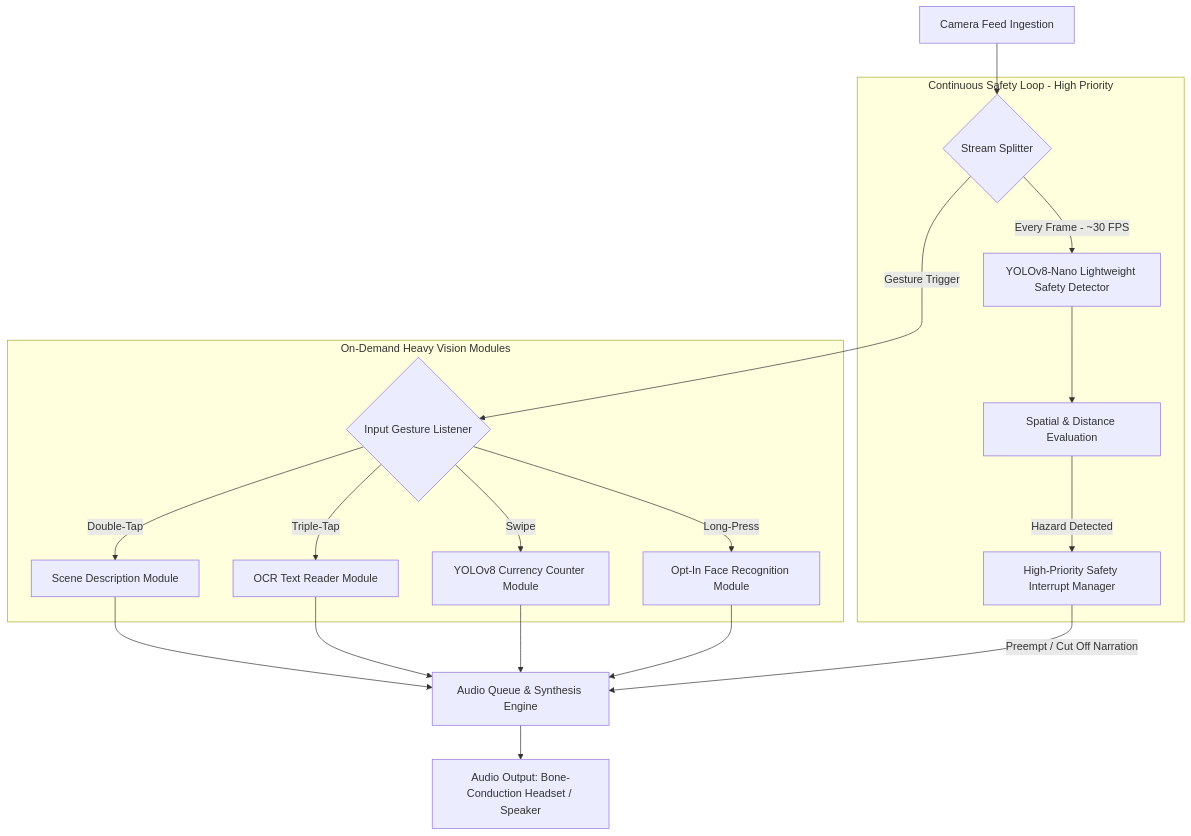
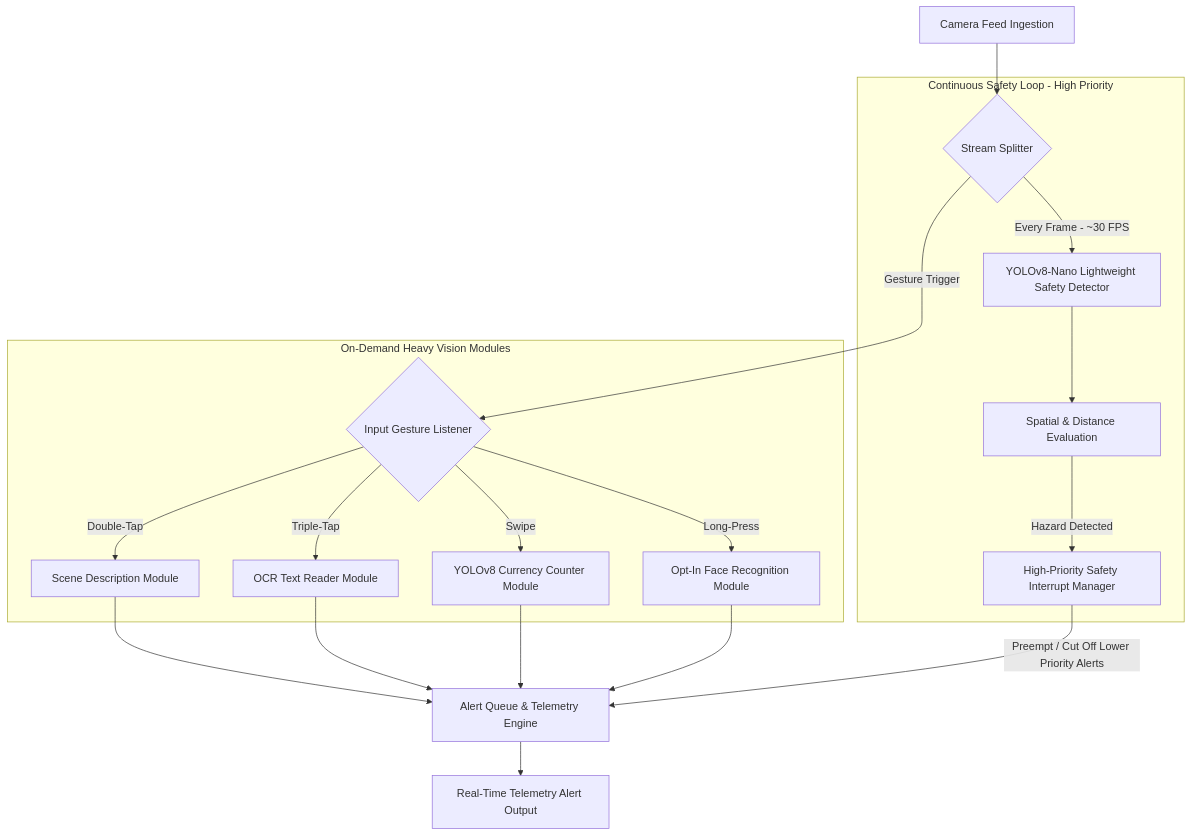
The diagram in Architecture.md (akhilgandloji789/AUDIVUE), drawn with Mermaid before and after one commit. The commit also changed other lines of this file and 2 other files, not shown here.

Commit message:
docs: remove all TTS and audio references across repository documentation

````diff
--- a/Architecture.md
+++ b/Architecture.md
@@ -9,26 +9,26 @@
 ```mermaid
 flowchart TD
     A[Camera Feed Ingestion] --> B{Stream Splitter}
     
     subgraph Continuous Safety Loop - High Priority
         B -->|Every Frame - ~30 FPS| C[YOLOv8-Nano Lightweight Safety Detector]
         C --> D[Spatial & Distance Evaluation]
         D -->|Hazard Detected| E[High-Priority Safety Interrupt Manager]
     end
 
     subgraph On-Demand Heavy Vision Modules
         B -->|Gesture Trigger| F{Input Gesture Listener}
         F -->|Double-Tap| G[Scene Description Module]
         F -->|Triple-Tap| H[OCR Text Reader Module]
         F -->|Swipe| I[YOLOv8 Currency Counter Module]
         F -->|Long-Press| J[Opt-In Face Recognition Module]
     end
 
-    G --> K[Audio Queue & Synthesis Engine]
+    G --> K[Alert Queue & Telemetry Engine]
     H --> K
     I --> K
     J --> K
 
-    E -->|Preempt / Cut Off Narration| K
-    K --> L[Audio Output: Bone-Conduction Headset / Speaker]
+    E -->|Preempt / Cut Off Lower Priority Alerts| K
+    K --> L[Real-Time Telemetry Alert Output]
 ```
````
